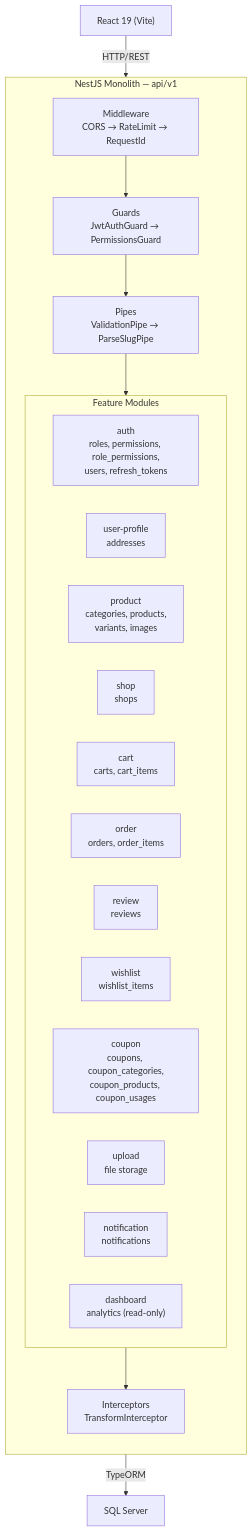
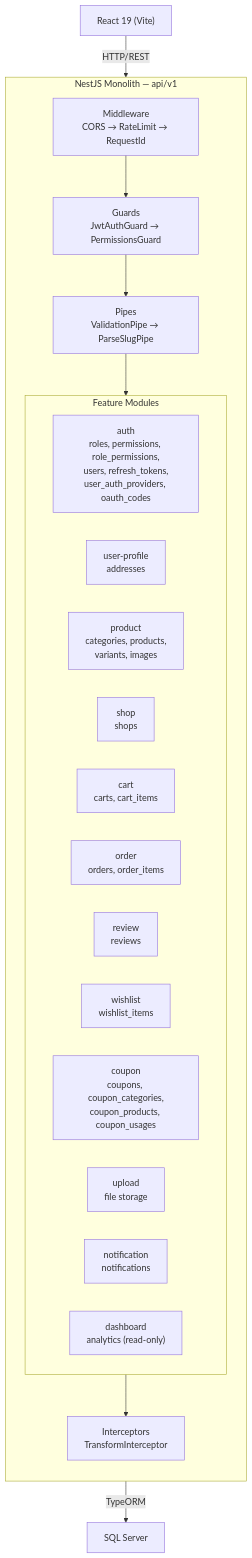
The first of 3 diagrams in backend-nestjs/docs/BE-ARCHITECTURE.md (Hy-Khang/E-commerce-shop-Amazon-), drawn with Mermaid before and after one commit. The commit also changed other lines of this file and 8 other files, not shown here.

Commit message:
update project architecture, technical rules, and feature documentation for both frontend and backend

````diff
--- a/backend-nestjs/docs/BE-ARCHITECTURE.md
+++ b/backend-nestjs/docs/BE-ARCHITECTURE.md
@@ -5,30 +5,30 @@
 ```mermaid
 graph TB
     Client["React 19 (Vite)"] -->|HTTP/REST| API["NestJS API Monolith"]
     API -->|TypeORM| DB["SQL Server"]
 
     subgraph API["NestJS Monolith — api/v1"]
         direction TB
         MW["Middleware<br/>CORS → RateLimit → RequestId"]
         MW --> Guards["Guards<br/>JwtAuthGuard → PermissionsGuard"]
         Guards --> Pipes["Pipes<br/>ValidationPipe → ParseSlugPipe"]
         Pipes --> Features
 
         subgraph Features["Feature Modules"]
-            Auth["auth<br/>roles, permissions, role_permissions,<br/>users, refresh_tokens"]
+            Auth["auth<br/>roles, permissions, role_permissions,<br/>users, refresh_tokens,<br/>user_auth_providers, oauth_codes"]
             UP["user-profile<br/>addresses"]
             Prod["product<br/>categories, products,<br/>variants, images"]
             Shop["shop<br/>shops"]
             Cart["cart<br/>carts, cart_items"]
             Order["order<br/>orders, order_items"]
             Review["review<br/>reviews"]
             Wishlist["wishlist<br/>wishlist_items"]
             Coupon["coupon<br/>coupons, coupon_categories,<br/>coupon_products, coupon_usages"]
             Upload["upload<br/>file storage"]
             Notification["notification<br/>notifications"]
             Dashboard["dashboard<br/>analytics (read-only)"]
         end
 
         Features --> INT["Interceptors<br/>TransformInterceptor"]
     end
 ```
````
